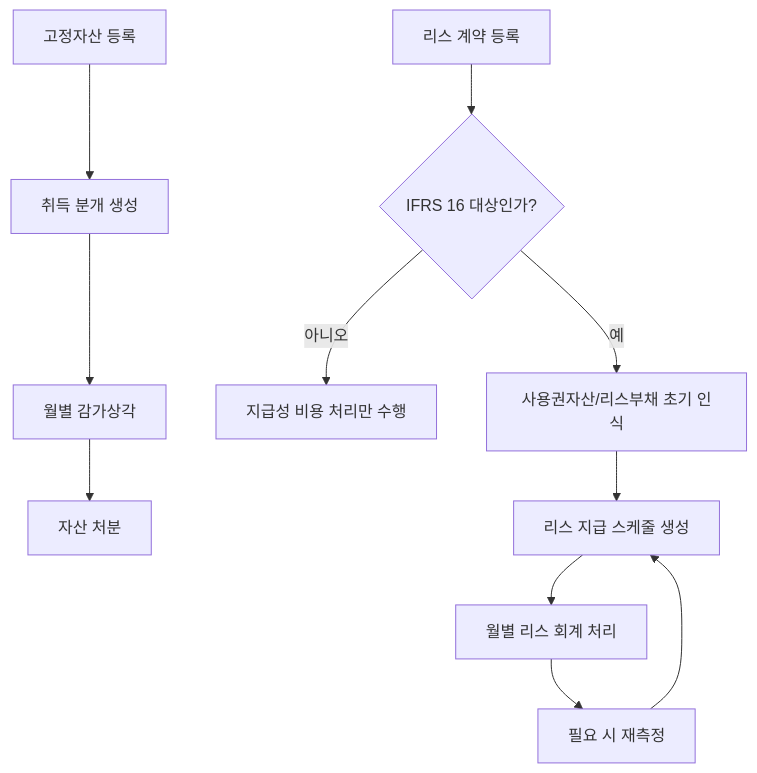
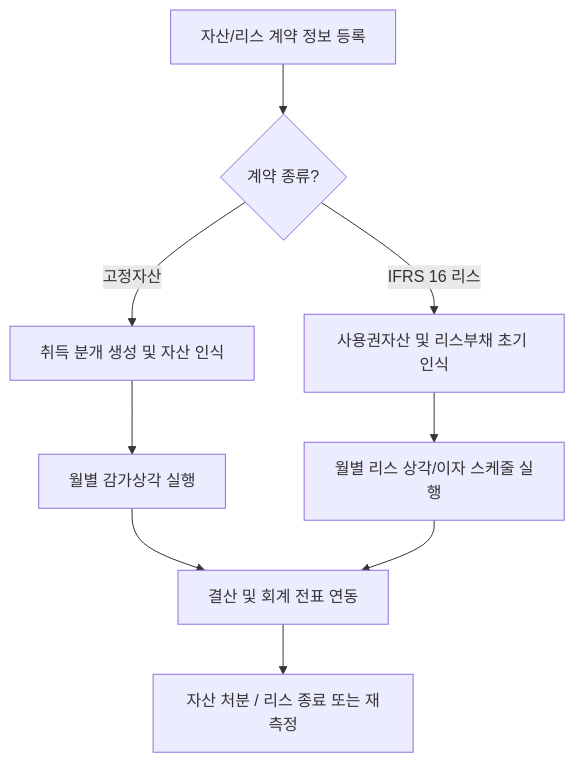
One commit to skyg547/account changed the first of 2 diagrams in asset-lease/docs/process-flow.md. Above: the diagram before and after it, drawn with Mermaid. The commit also changed other lines of this file and 94 other files, not shown here.

````diff
--- a/asset-lease/docs/process-flow.md
+++ b/asset-lease/docs/process-flow.md
@@ -5,14 +5,11 @@
 ```mermaid
 flowchart TD
-    A[고정자산 등록] --> B[취득 분개 생성]
-    B --> C[월별 감가상각]
-    C --> D[자산 처분]
-
-    E[리스 계약 등록] --> F{IFRS 16 대상인가?}
-    F -- 아니오 --> G[지급성 비용 처리만 수행]
-    F -- 예 --> H[사용권자산/리스부채 초기 인식]
-    H --> I[리스 지급 스케줄 생성]
-    I --> J[월별 리스 회계 처리]
-    J --> K[필요 시 재측정]
-    K --> I
+    A[자산/리스 계약 정보 등록] --> B{계약 종류?}
+    B -->|고정자산| C[취득 분개 생성 및 자산 인식]
+    B -->|IFRS 16 리스| D[사용권자산 및 리스부채 초기 인식]
+    C --> E[월별 감가상각 실행]
+    D --> F[월별 리스 상각/이자 스케줄 실행]
+    E --> G[결산 및 회계 전표 연동]
+    F --> G
+    G --> H[자산 처분 / 리스 종료 또는 재측정]
 ```
````
